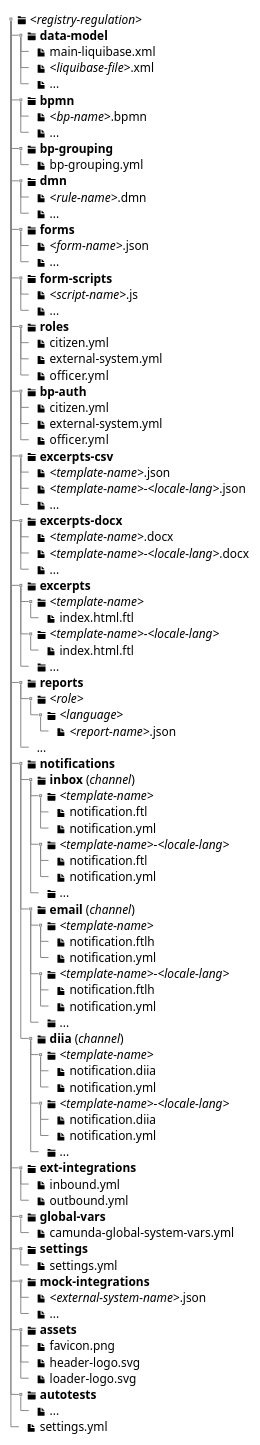
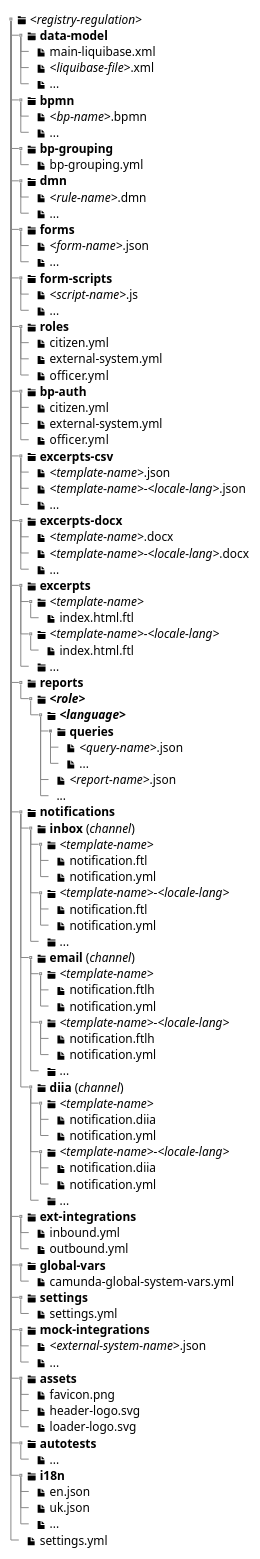
One commit to epam/edp-ddm-architecture changed the diagram in docs/ua/modules/arch/pages/architecture/registry/administrative/regulation-management/registry-regulation/registry-regulation.adoc. Above: the diagram before and after it, drawn with PlantUML. The commit also changed other lines of this file and 3 other files, not shown here.

Commit message:
[EDP-DDM-31281] Update registry regulation architecture documentation with registry-regulations localization

```diff
--- a/docs/ua/modules/arch/pages/architecture/registry/administrative/regulation-management/registry-regulation/registry-regulation.adoc
+++ b/docs/ua/modules/arch/pages/architecture/registry/administrative/regulation-management/registry-regulation/registry-regulation.adoc
@@ -76,10 +76,13 @@
 ++++ <&file> index.html.ftl
 +++ <&folder> ...
 ++ <&folder> <b>reports</b>
-+++ <&folder> <i><role></i>
-++++ <&folder> <i><language></i>
++++ <&folder> <b><i><role></i></b>
+++++ <&folder> <b><i><language></i></b>
++++++ <&folder> <b>queries</b>
+++++++ <&file> <i><query-name></i>.json
+++++++ <&file> ...
 +++++ <&file> <i><report-name></i>.json
-+++ ...
++++++ ...
 ++ <&folder> <b>notifications</b>
 +++ <&folder> <b>inbox</b> (<i>channel</i>)
 ++++ <&folder> <i><template-name></i>
@@ -121,6 +124,10 @@
 +++ <&file> loader-logo.svg
 ++ <&folder> <b>autotests</b>
 +++ <&file> ...
+++ <&folder> <b>i18n</b>
++++ <&file> en.json
++++ <&file> uk.json
++++ <&file> ...
 ++ <&file> settings.yml
 }
 }
```
